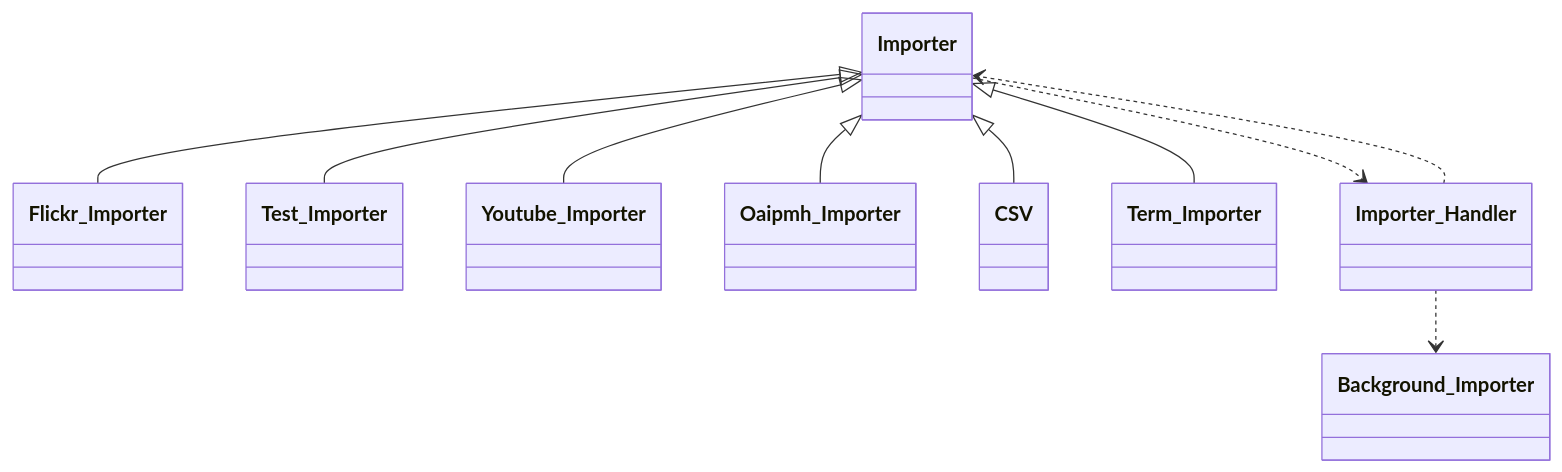
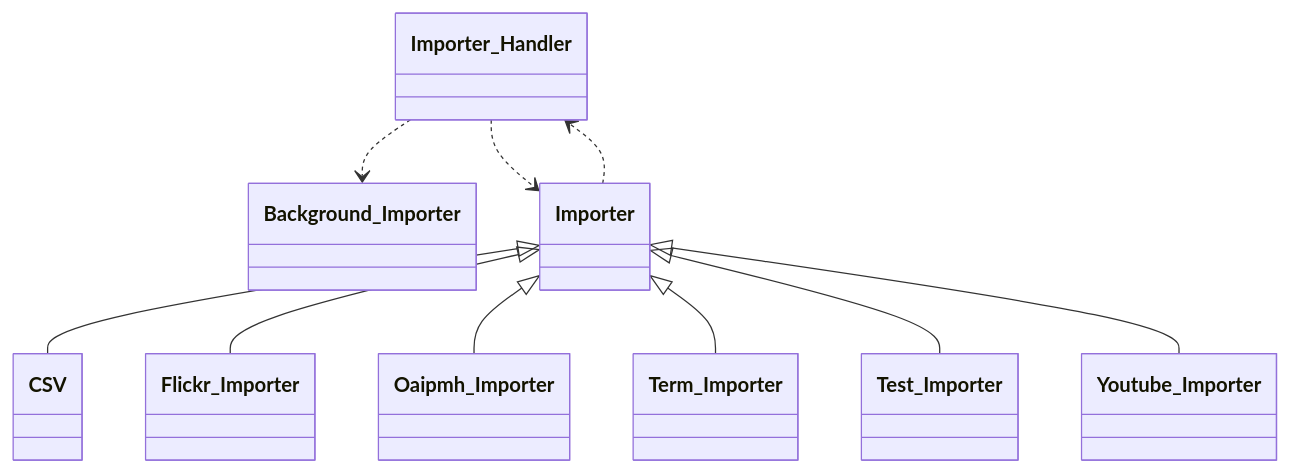
One commit to tainacan/tainacan changed the ninth of 14 diagrams in docs/phpdoc/Home.md. Above: the diagram before and after it, drawn with Mermaid. The commit also changed other lines of this file and 96 other files, not shown here.

````diff
--- a/docs/phpdoc/Home.md
+++ b/docs/phpdoc/Home.md
@@ -577,22 +578,22 @@
 ```mermaid
 classDiagram
     direction TB
-    class Flickr_Importer { }
     class Test_Importer { }
-    class Importer { }
+    class Term_Importer { }
+    class Importer_Handler { }
     class Background_Importer { }
     class Youtube_Importer { }
+    class Flickr_Importer { }
     class Oaipmh_Importer { }
     class CSV { }
-    class Term_Importer { }
-    class Importer_Handler { }
+    class Importer { }
     Importer ..> Importer_Handler
     Importer <|-- CSV
     Importer <|-- Flickr_Importer
     Importer <|-- Oaipmh_Importer
     Importer <|-- Term_Importer
     Importer <|-- Test_Importer
     Importer <|-- Youtube_Importer
     Importer_Handler ..> Background_Importer
     Importer_Handler ..> Importer
 ```
````
